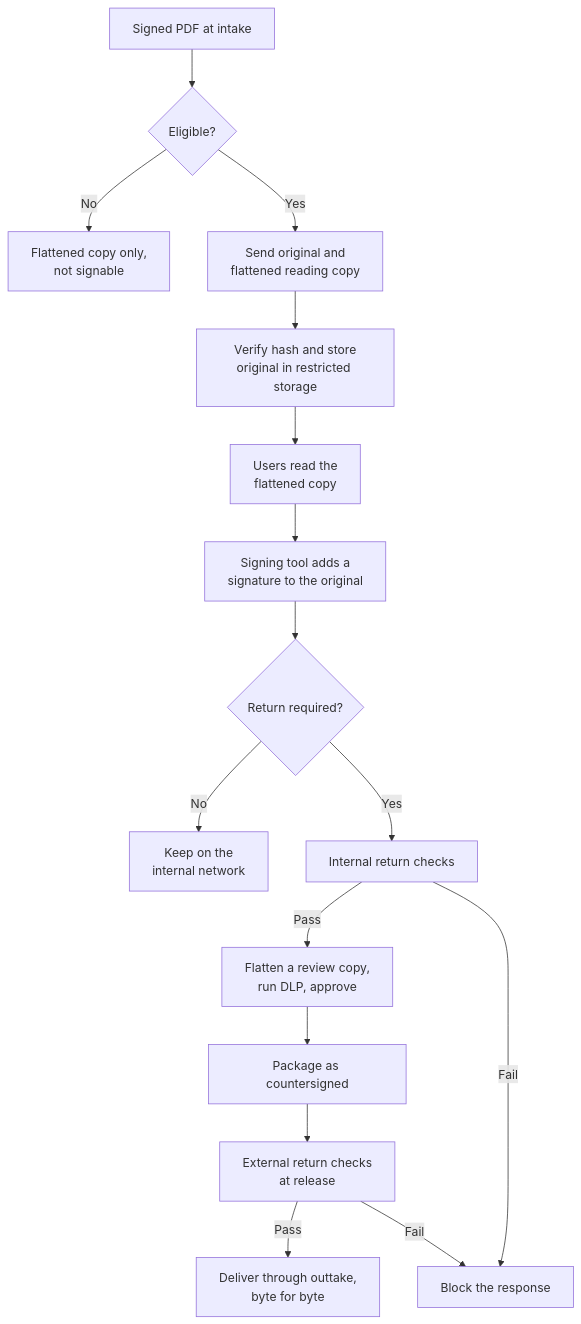
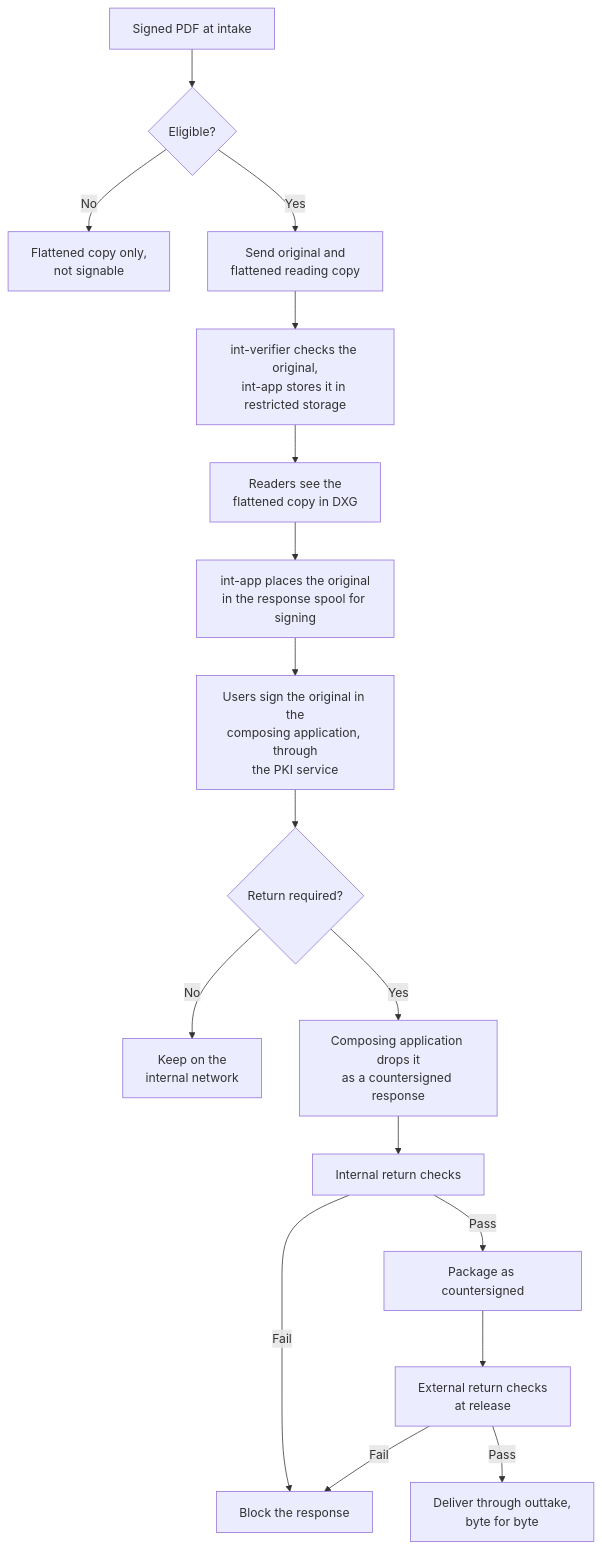
The diagram in document-exchange-signed-pdf-passthrough.md (tgivslife/dxg-document-gateway), drawn with Mermaid before and after one commit. The commit also changed other lines of this file and 4 other files, not shown here.

````diff
--- a/document-exchange-signed-pdf-passthrough.md
+++ b/document-exchange-signed-pdf-passthrough.md
@@ -58,20 +66,21 @@
 ```mermaid
 flowchart TB
     accDescr: Flow of the optional signed PDF passthrough and return
 
     IN["Signed PDF at intake"] --> ELIGIBLE{"Eligible?"}
     ELIGIBLE -->|"No"| FLAT["Flattened copy only,<br/>not signable"]
     ELIGIBLE -->|"Yes"| SEND["Send original and<br/>flattened reading copy"]
-    SEND --> STORE["Verify hash and store<br/>original in restricted storage"]
-    STORE --> READ["Users read the<br/>flattened copy"]
-    READ --> SIGN["Signing tool adds a<br/>signature to the original"]
+    SEND --> STORE["int-verifier checks the original,<br/>int-app stores it in restricted storage"]
+    STORE --> READ["Readers see the<br/>flattened copy in DXG"]
+    READ --> HAND["int-app places the original<br/>in the response spool for signing"]
+    HAND --> SIGN["Users sign the original in the<br/>composing application, through<br/>the PKI service"]
     SIGN --> RETURN{"Return required?"}
     RETURN -->|"No"| KEEP["Keep on the<br/>internal network"]
-    RETURN -->|"Yes"| INTCHECK["Internal return checks"]
-    INTCHECK -->|"Pass"| APPROVE["Flatten a review copy,<br/>run DLP, approve"]
+    RETURN -->|"Yes"| DROP["Composing application drops it<br/>as a countersigned response"]
+    DROP --> INTCHECK["Internal return checks"]
     INTCHECK -->|"Fail"| BLOCK["Block the response"]
-    APPROVE --> PACKAGE["Package as countersigned"]
+    INTCHECK -->|"Pass"| PACKAGE["Package as countersigned"]
     PACKAGE --> EXTCHECK["External return checks<br/>at release"]
     EXTCHECK -->|"Pass"| DELIVER["Deliver through outtake,<br/>byte for byte"]
     EXTCHECK -->|"Fail"| BLOCK
 ```
````
